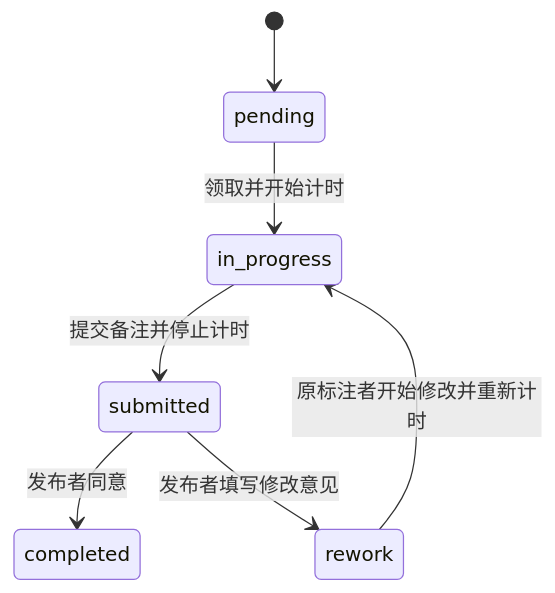
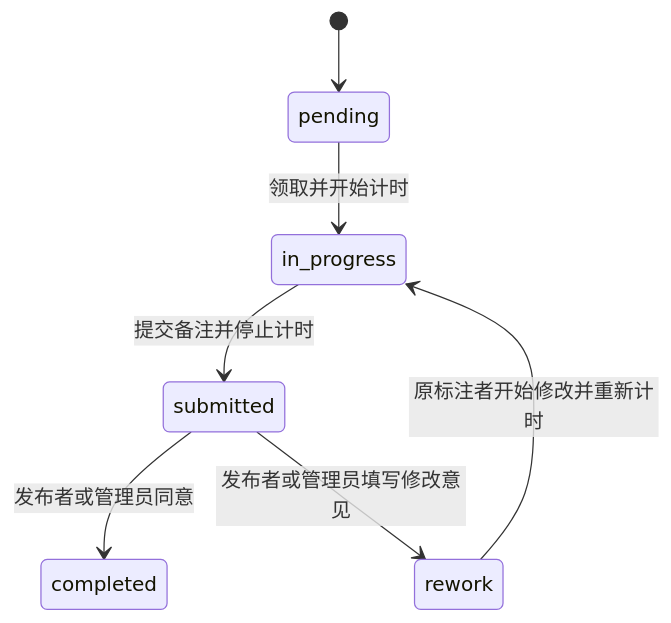
The first of 2 diagrams in docs/platform-capabilities.md (JasenZ2000/VideoAnnotate), drawn with Mermaid before and after one commit. The commit also changed other lines of this file and 8 other files, not shown here.

````diff
--- a/docs/platform-capabilities.md
+++ b/docs/platform-capabilities.md
@@ -33,9 +34,9 @@
 ```mermaid
 stateDiagram-v2
     [*] --> pending
     pending --> in_progress: 领取并开始计时
     in_progress --> submitted: 提交备注并停止计时
-    submitted --> completed: 发布者同意
-    submitted --> rework: 发布者填写修改意见
+    submitted --> completed: 发布者或管理员同意
+    submitted --> rework: 发布者或管理员填写修改意见
     rework --> in_progress: 原标注者开始修改并重新计时
 ```
````
